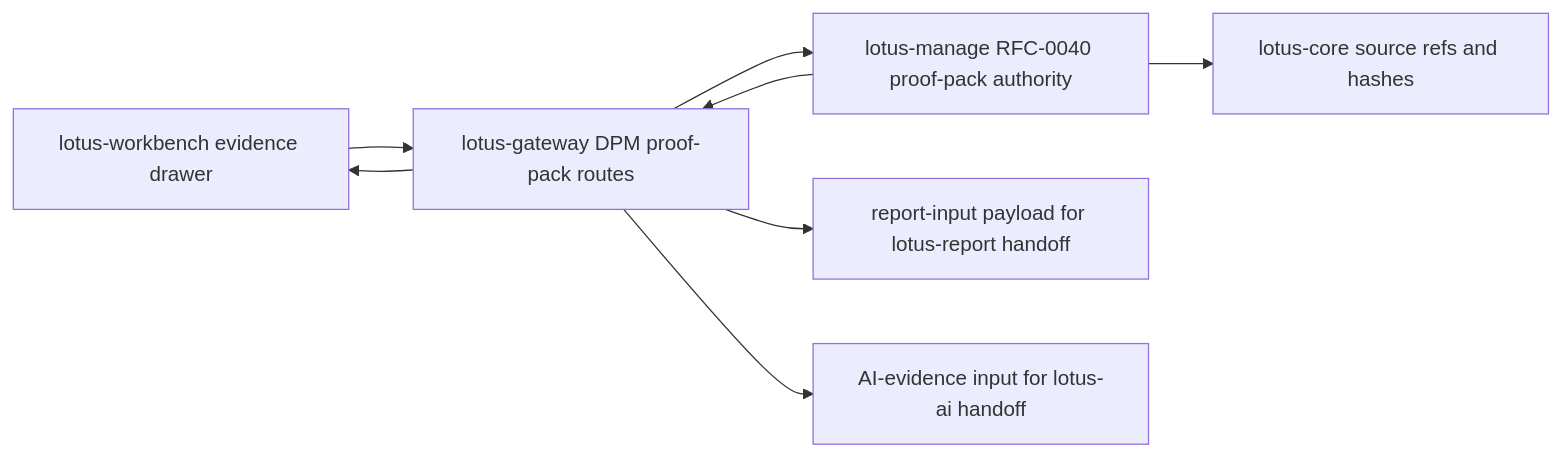
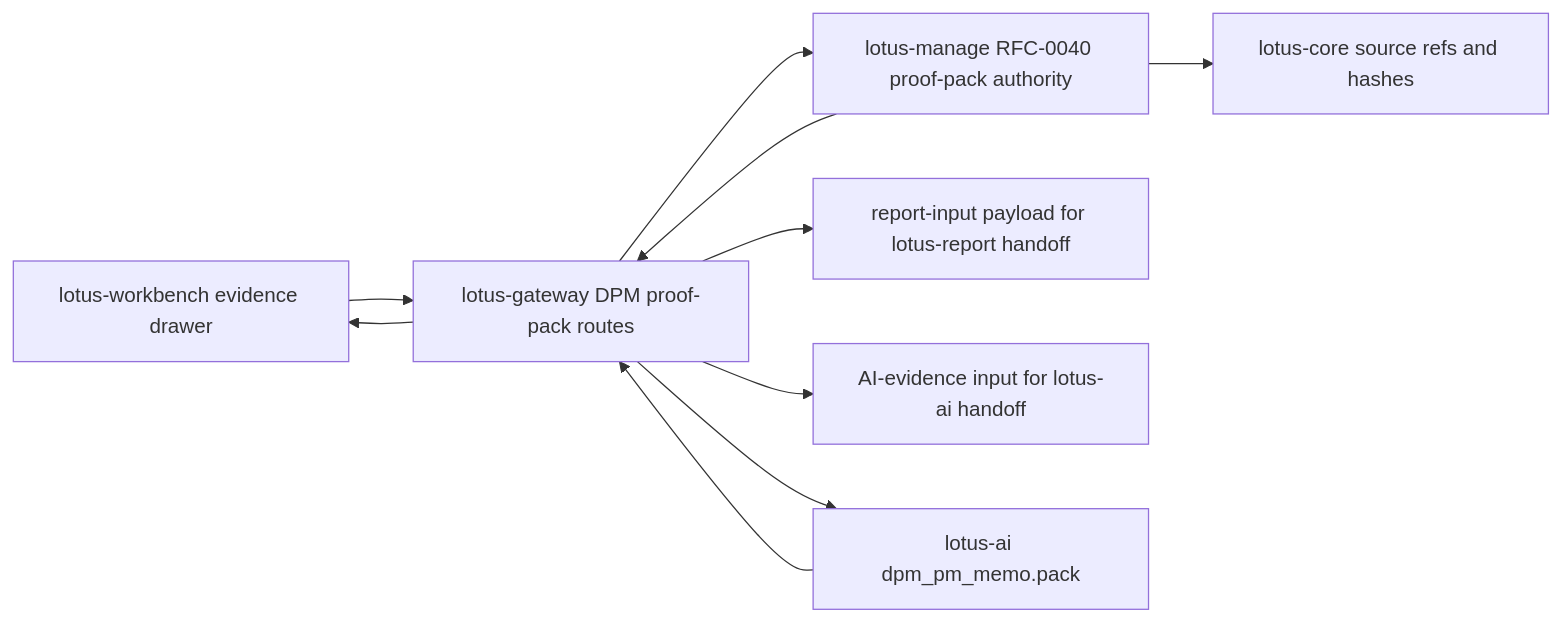
The second of 5 diagrams in wiki/Supported-Features.md (sgajbi/lotus-gateway), drawn with Mermaid before and after one commit. The commit also changed other lines of this file and 11 other files, not shown here.

Commit message:
Add proof pack AI PM memo gateway handoff

````diff
--- a/wiki/Supported-Features.md
+++ b/wiki/Supported-Features.md
@@ -87,10 +90,12 @@
 ```mermaid
 flowchart LR
     Workbench[lotus-workbench evidence drawer] --> Gateway[lotus-gateway DPM proof-pack routes]
     Gateway --> Manage[lotus-manage RFC-0040 proof-pack authority]
     Manage --> Core[lotus-core source refs and hashes]
     Manage --> Gateway
     Gateway --> ReportInput[report-input payload for lotus-report handoff]
     Gateway --> AiInput[AI-evidence input for lotus-ai handoff]
+    Gateway --> LotusAI[lotus-ai dpm_pm_memo.pack]
+    LotusAI --> Gateway
     Gateway --> Workbench
 ```
````
